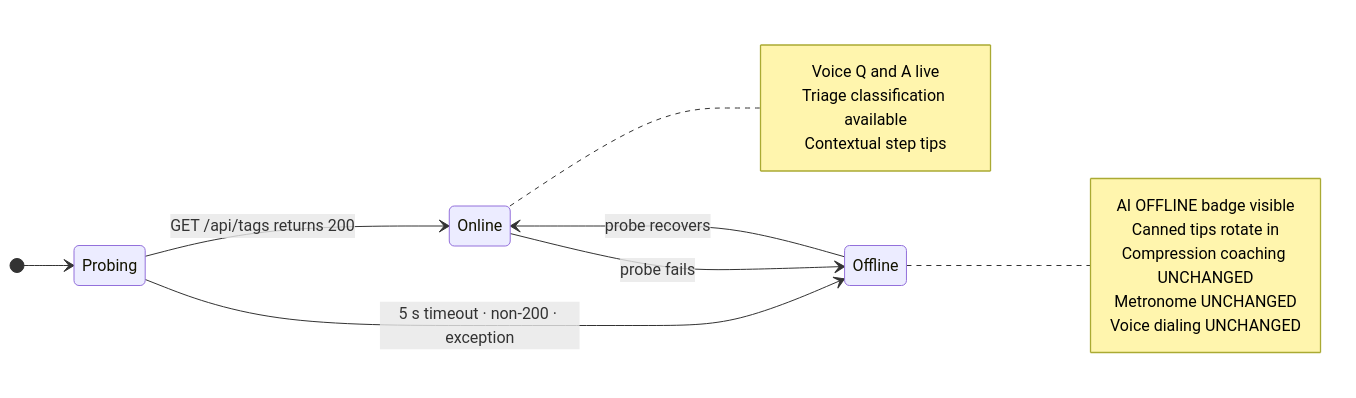
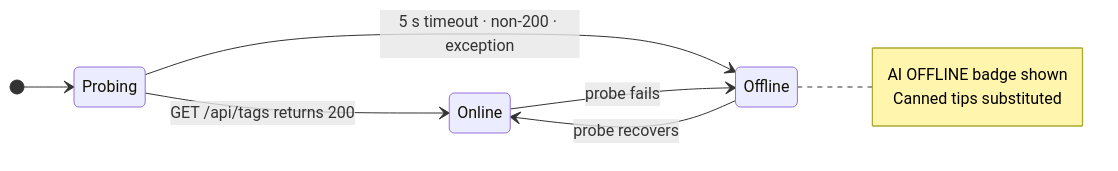
The third of 4 diagrams in README.md (V1shnuuu/REV), drawn with Mermaid before and after one commit. The commit also changed other lines of this file, not shown here.

````diff
--- a/README.md
+++ b/README.md
@@ -171,25 +125,16 @@
 ```mermaid
 stateDiagram-v2
     direction LR
     [*] --> Probing
 
     Probing --> Online: GET /api/tags returns 200
     Probing --> Offline: 5 s timeout · non-200 · exception
 
     Online --> Offline: probe fails
     Offline --> Online: probe recovers
 
-    note right of Online
-        Voice Q and A live
-        Triage classification available
-        Contextual step tips
-    end note
-
     note right of Offline
-        AI OFFLINE badge visible
-        Canned tips rotate in
-        Compression coaching UNCHANGED
-        Metronome UNCHANGED
-        Voice dialing UNCHANGED
+        AI OFFLINE badge shown
+        Canned tips substituted
     end note
 ```
````
